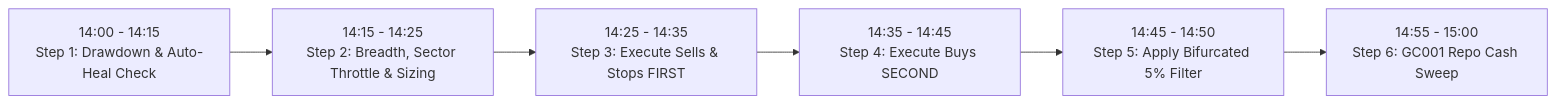
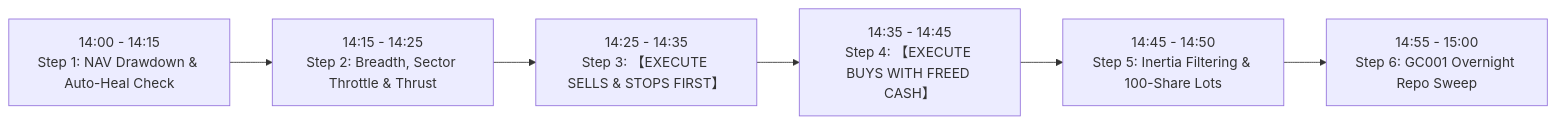
The second of 2 diagrams in docs/ruleset/chan_dual_hybrid_blend/rules.md (stonewell/quant_research), drawn with Mermaid before and after one commit. The commit also changed other lines of this file and 14 other files, not shown here.

````diff
--- a/docs/ruleset/chan_dual_hybrid_blend/rules.md
+++ b/docs/ruleset/chan_dual_hybrid_blend/rules.md
@@ -80,8 +82,8 @@
 ```mermaid
 flowchart LR
-    T1["14:00 - 14:15\nStep 1: Drawdown & Auto-Heal Check"] --> T2["14:15 - 14:25\nStep 2: Breadth, Sector Throttle & Sizing"]
-    T2 --> T3["14:25 - 14:35\nStep 3: Execute Sells & Stops FIRST"]
-    T3 --> T4["14:35 - 14:45\nStep 4: Execute Buys SECOND"]
-    T4 --> T5["14:45 - 14:50\nStep 5: Apply Bifurcated 5% Filter"]
-    T5 --> T6["14:55 - 15:00\nStep 6: GC001 Repo Cash Sweep"]
+    T1["14:00 - 14:15\nStep 1: NAV Drawdown & Auto-Heal Check"] --> T2["14:15 - 14:25\nStep 2: Breadth, Sector Throttle & Thrust"]
+    T2 --> T3["14:25 - 14:35\nStep 3: 【EXECUTE SELLS & STOPS FIRST】"]
+    T3 --> T4["14:35 - 14:45\nStep 4: 【EXECUTE BUYS WITH FREED CASH】"]
+    T4 --> T5["14:45 - 14:50\nStep 5: Inertia Filtering & 100-Share Lots"]
+    T5 --> T6["14:55 - 15:00\nStep 6: GC001 Overnight Repo Sweep"]
 ```
````
